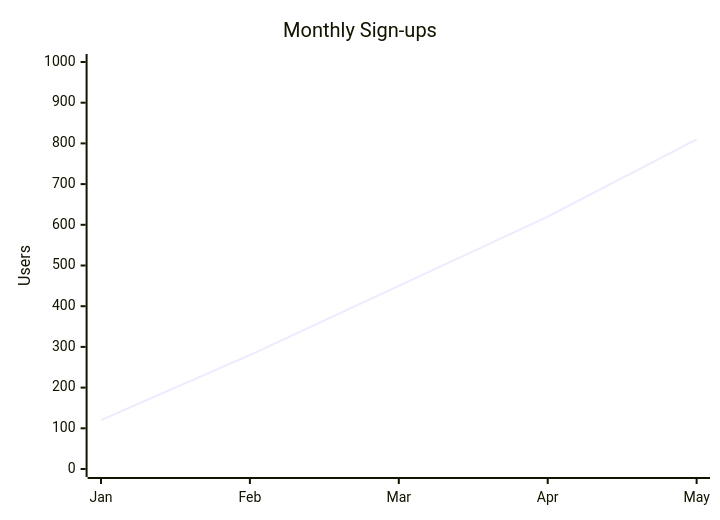
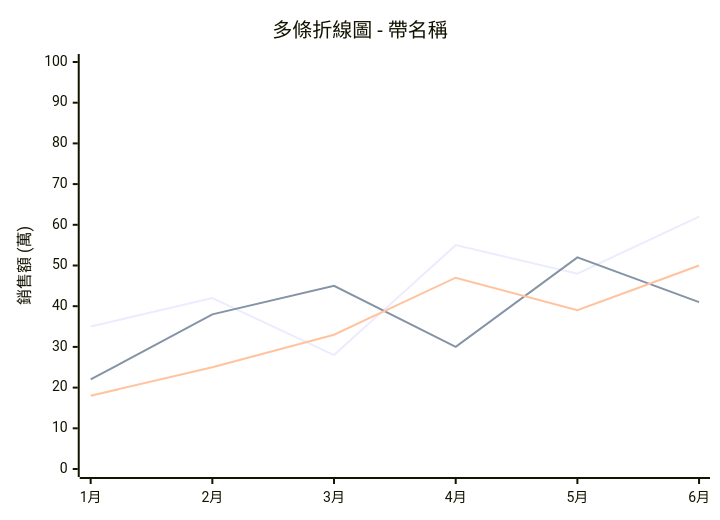
One commit to kouko/monkey-skills changed the second of 13 diagrams in obsidian/skills/obsidian-mermaid-visualizer/data-viz/xychart.md. Above: the diagram before and after it, drawn with Mermaid. The commit also changed other lines of this file and 3 other files, not shown here.

````diff
--- a/obsidian/skills/obsidian-mermaid-visualizer/data-viz/xychart.md
+++ b/obsidian/skills/obsidian-mermaid-visualizer/data-viz/xychart.md
@@ -40,7 +44,9 @@
 ```mermaid
 xychart-beta
-    title "Monthly Sign-ups"
-    x-axis [Jan, Feb, Mar, Apr, May]
-    y-axis "Users" 0 --> 1000
-    line [120, 280, 450, 620, 810]
+    title "多條折線圖 - 帶名稱"
+    x-axis ["1月", "2月", "3月", "4月", "5月", "6月"]
+    y-axis "銷售額 (萬)" 0 --> 100
+    line "產品 A" [35, 42, 28, 55, 48, 62]
+    line "產品 B" [22, 38, 45, 30, 52, 41]
+    line "產品 C" [18, 25, 33, 47, 39, 50]
 ```
````
